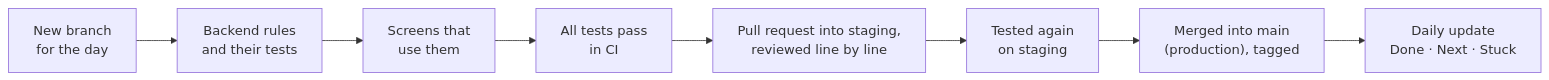
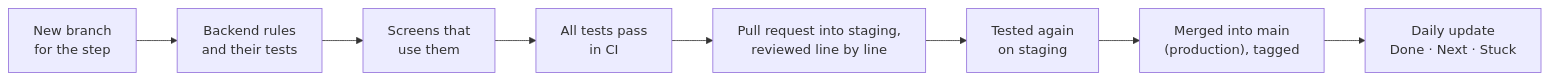
Before and after one commit to sumitdwivedi01/EigthyAwards: the second of 2 diagrams in docs/PHASE-1-ROADMAP.md, drawn with Mermaid. The commit also changed other lines of this file and 21 other files, not shown here.

````diff
--- a/docs/PHASE-1-ROADMAP.md
+++ b/docs/PHASE-1-ROADMAP.md
@@ -77,4 +82,4 @@
 ```mermaid
 flowchart LR
-    A["New branch<br/>for the day"] --> B["Backend rules<br/>and their tests"] --> C["Screens that<br/>use them"] --> D["All tests pass<br/>in CI"] --> E["Pull request into staging,<br/>reviewed line by line"] --> S["Tested again<br/>on staging"] --> F["Merged into main<br/>(production), tagged"] --> G["Daily update<br/>Done · Next · Stuck"]
+    A["New branch<br/>for the step"] --> B["Backend rules<br/>and their tests"] --> C["Screens that<br/>use them"] --> D["All tests pass<br/>in CI"] --> E["Pull request into staging,<br/>reviewed line by line"] --> S["Tested again<br/>on staging"] --> F["Merged into main<br/>(production), tagged"] --> G["Daily update<br/>Done · Next · Stuck"]
 ```
````
